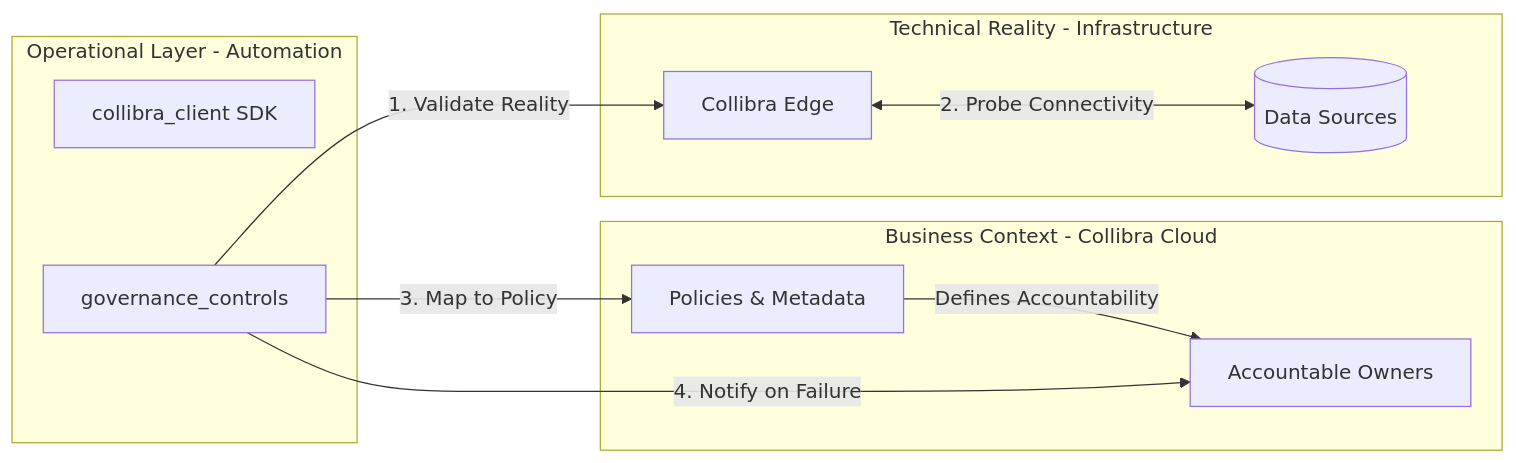
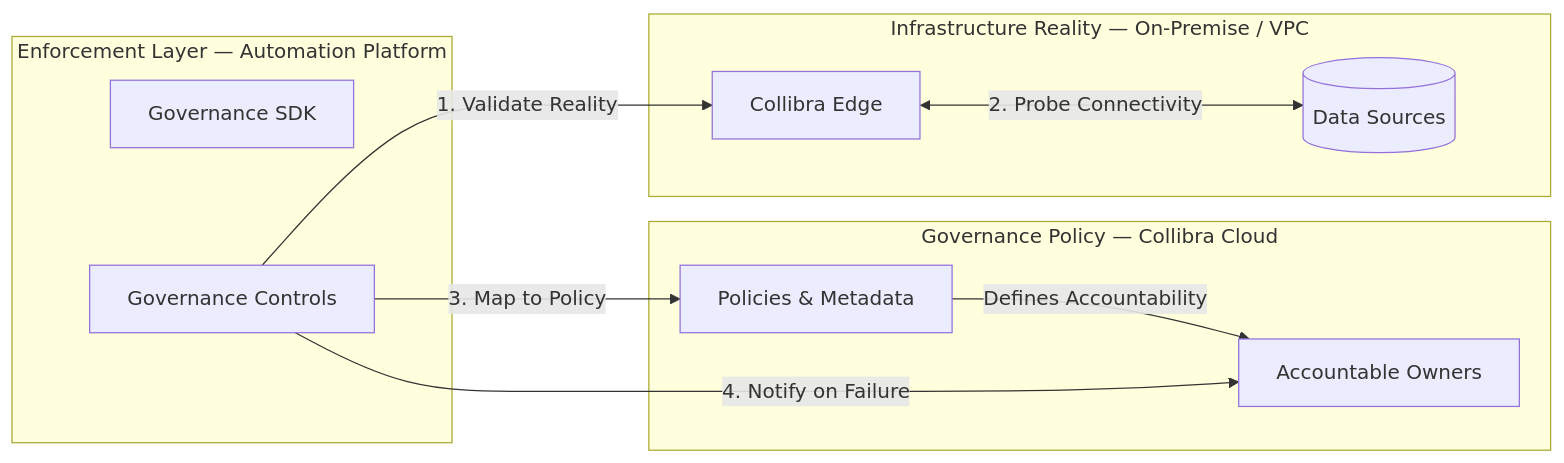
One commit to arnauudG/Collibra-Repository---Automations changed the diagram in Test Connections - Database - Collibra/README.md. Above: the diagram before and after it, drawn with Mermaid. The commit also changed other lines of this file and 3 other files, not shown here.

````diff
--- a/Test Connections - Database - Collibra/README.md
+++ b/Test Connections - Database - Collibra/README.md
@@ -63,23 +72,23 @@
 ```mermaid
 graph LR
-    subgraph Cloud["Business Context - Collibra Cloud"]
+    subgraph Cloud["Governance Policy — Collibra Cloud"]
         P[Policies & Metadata]
         O[Accountable Owners]
     end
 
-    subgraph Automation["Operational Layer - Automation"]
-        SDK[collibra_client SDK]
-        CTRL[governance_controls]
+    subgraph Automation["Enforcement Layer — Automation Platform"]
+        SDK[Governance SDK]
+        CTRL[Governance Controls]
     end
 
-    subgraph Infrastructure["Technical Reality - Infrastructure"]
+    subgraph Infrastructure["Infrastructure Reality — On-Premise / VPC"]
         E[Collibra Edge]
         D[(Data Sources)]
     end
 
     P -->|Defines Accountability| O
     CTRL -->|1. Validate Reality| E
     E <-->|2. Probe Connectivity| D
     CTRL -->|3. Map to Policy| P
     CTRL -->|4. Notify on Failure| O
 ```
````
